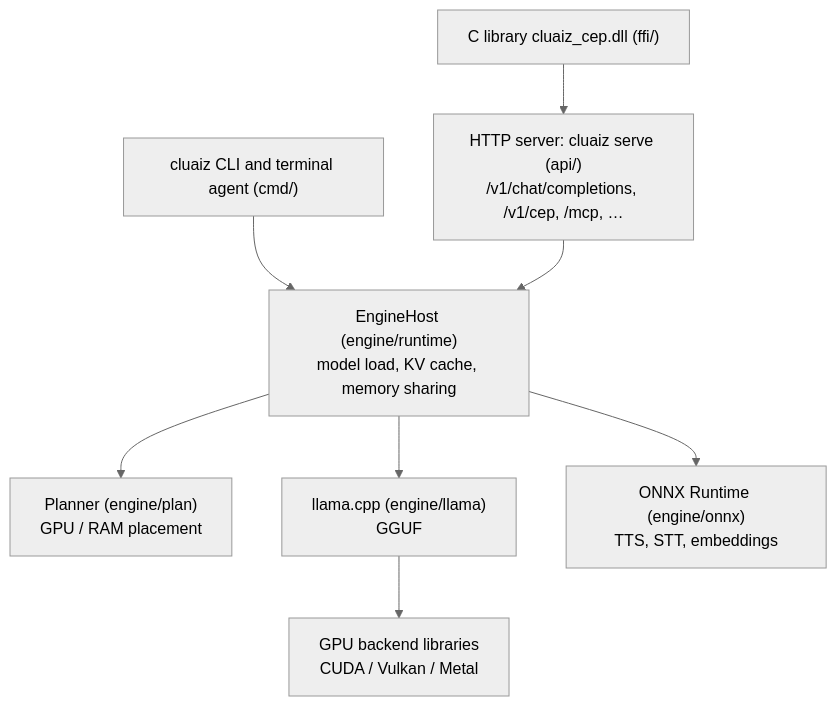
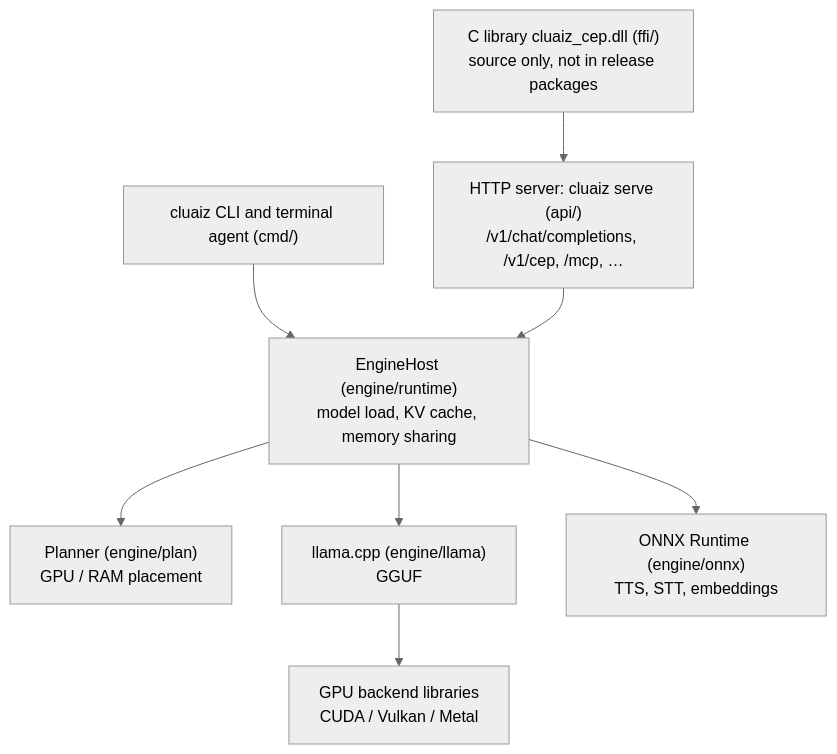
The diagram in docs/get-started/architecture.md (cluaiz/cluaiz), drawn with Mermaid (neutral theme) before and after one commit. The commit also changed 74 other files, not shown here.

````diff
--- a/docs/get-started/architecture.md
+++ b/docs/get-started/architecture.md
@@ -9,19 +9,19 @@
 ```mermaid
 flowchart TD
     CLI["cluaiz CLI and terminal agent (cmd/)"]
     API["HTTP server: cluaiz serve (api/)<br/>/v1/chat/completions, /v1/cep, /mcp, …"]
-    FFI["C library cluaiz_cep.dll (ffi/)"]
+    FFI["C library cluaiz_cep.dll (ffi/)<br/>source only, not in release packages"]
     HOST["EngineHost (engine/runtime)<br/>model load, KV cache, memory sharing"]
     PLAN["Planner (engine/plan)<br/>GPU / RAM placement"]
     LLAMA["llama.cpp (engine/llama)<br/>GGUF"]
     ONNX["ONNX Runtime (engine/onnx)<br/>TTS, STT, embeddings"]
     GPU["GPU backend libraries<br/>CUDA / Vulkan / Metal"]
 
     CLI --> HOST
     API --> HOST
     FFI --> API
     HOST --> PLAN
     HOST --> LLAMA
     HOST --> ONNX
     LLAMA --> GPU
 ```
````
